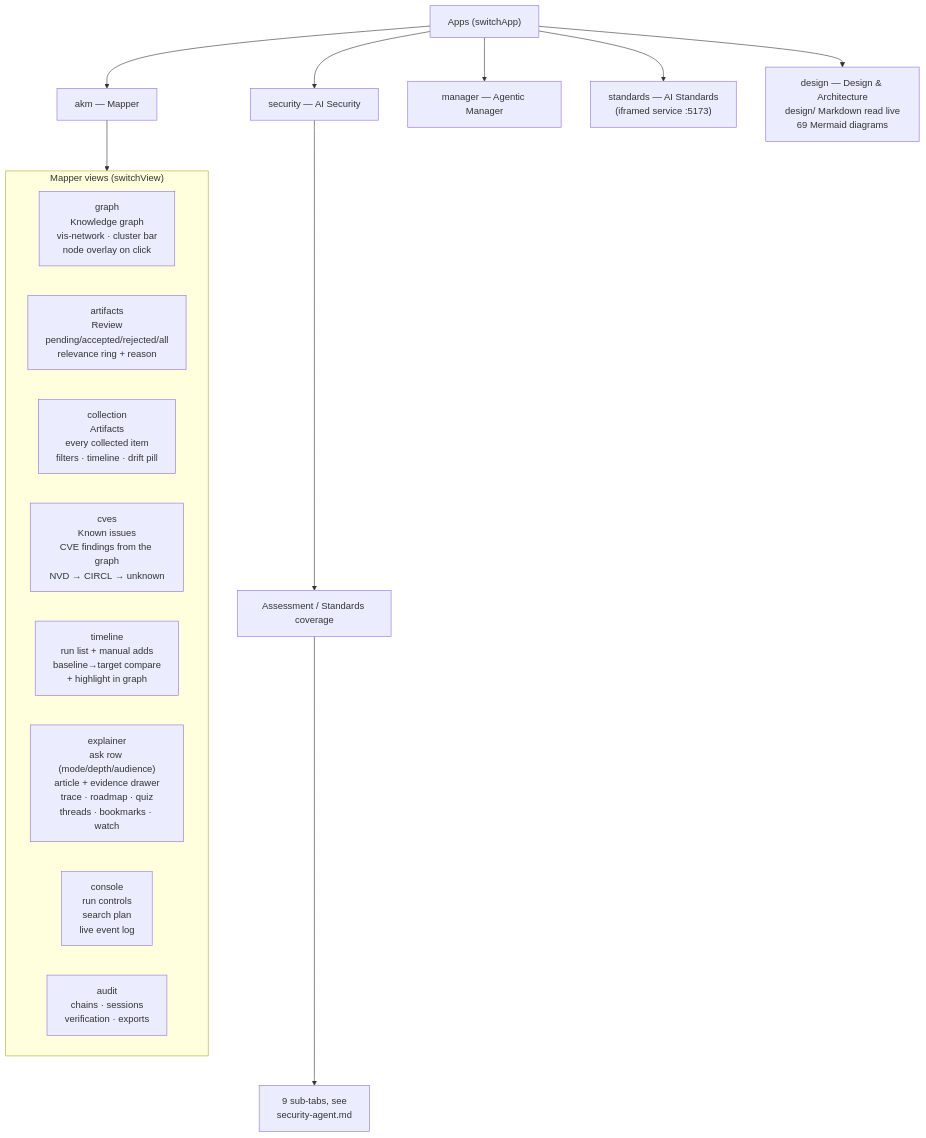
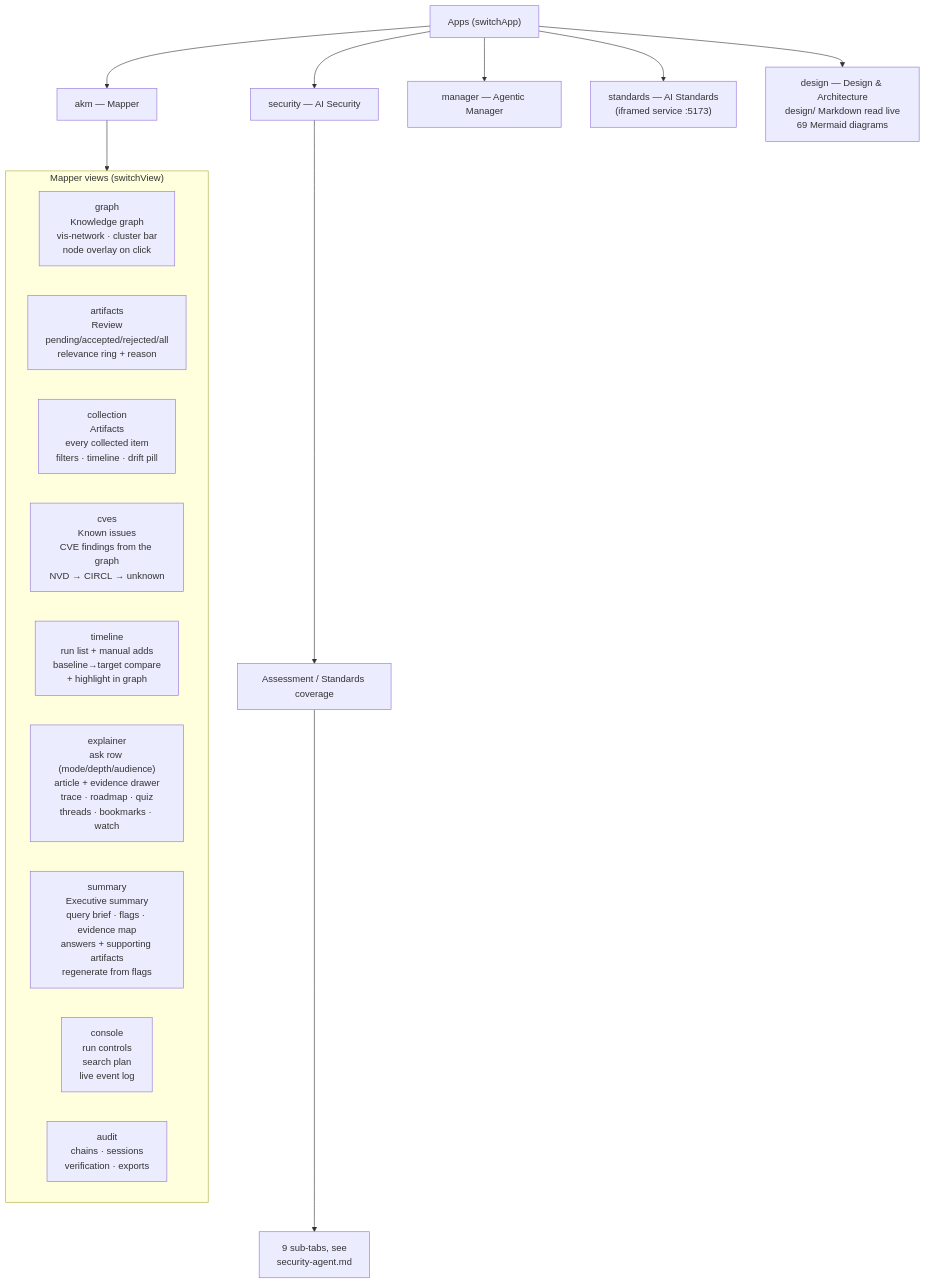
Before and after one commit to harishgovardhandamodar/agentic-knowledge-mapper: the first of 2 diagrams in docs/frontend.md, drawn with Mermaid. The commit also changed other lines of this file and 11 other files, not shown here.

Commit message:
Add Executive Summary sub-tab with flag-aware regenerate

````diff
--- a/docs/frontend.md
+++ b/docs/frontend.md
@@ -18,22 +18,23 @@
 ```mermaid
 flowchart TB
     APPS["Apps (switchApp)"]
     APPS --> AKM["akm — Mapper"]
     APPS --> SEC["security — AI Security"]
     APPS --> MGR["manager — Agentic Manager"]
     APPS --> STD["standards — AI Standards<br/>(iframed service :5173)"]
     APPS --> DSG["design — Design & Architecture<br/>design/ Markdown read live<br/>69 Mermaid diagrams"]
     AKM --> TABS
     subgraph TABS["Mapper views (switchView)"]
         G["graph<br/>Knowledge graph<br/>vis-network · cluster bar<br/>node overlay on click"]
         R["artifacts<br/>Review<br/>pending/accepted/rejected/all<br/>relevance ring + reason"]
         CO["collection<br/>Artifacts<br/>every collected item<br/>filters · timeline · drift pill"]
         CV["cves<br/>Known issues<br/>CVE findings from the graph<br/>NVD → CIRCL → unknown"]
         TL["timeline<br/>run list + manual adds<br/>baseline→target compare<br/>+ highlight in graph"]
         E["explainer<br/>ask row (mode/depth/audience)<br/>article + evidence drawer<br/>trace · roadmap · quiz<br/>threads · bookmarks · watch"]
+        SU["summary<br/>Executive summary<br/>query brief · flags · evidence map<br/>answers + supporting artifacts<br/>regenerate from flags"]
         C["console<br/>run controls<br/>search plan<br/>live event log"]
         AU["audit<br/>chains · sessions<br/>verification · exports"]
     end
     SEC --> SECP["Assessment / Standards coverage"]
     SECP --> S1["9 sub-tabs, see<br/>security-agent.md"]
 ```
````
